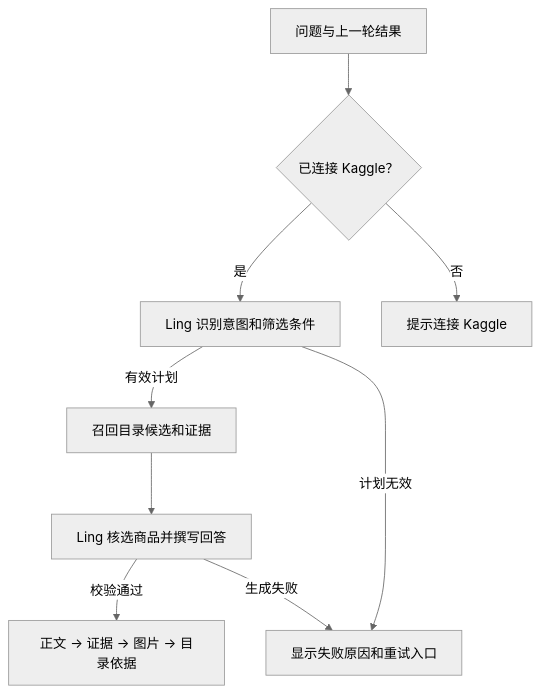
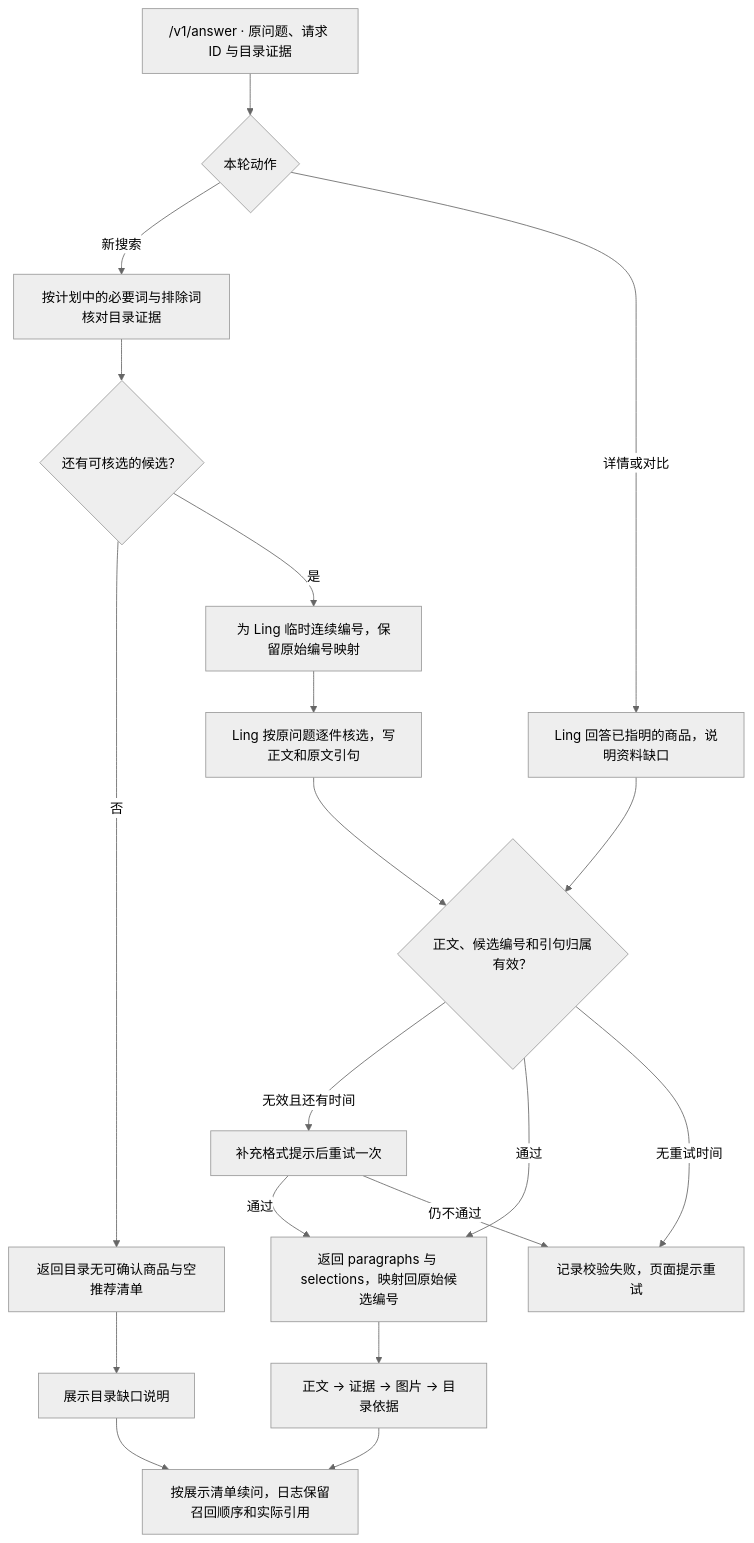
Before and after one commit to AaronYue77/webshop-ling-rag: the third of 4 diagrams in docs/ARCHITECTURE.md, drawn with Mermaid (neutral theme). The commit also changed other lines of this file and 6 other files, not shown here.

First line of the commit message:
Expand WebShop architecture diagrams and answer diagnostics

````diff
--- a/docs/ARCHITECTURE.md
+++ b/docs/ARCHITECTURE.md
@@ -7,11 +78,21 @@
 ```mermaid
 flowchart TD
-  Q["问题与上一轮结果"] --> C{"已连接 Kaggle？"}
-  C -->|是| L["Ling 识别意图和筛选条件"]
-  C -->|否| P["提示连接 Kaggle"]
-  L -->|有效计划| R["召回目录候选和证据"]
-  R --> G["Ling 核选商品并撰写回答"]
-  G -->|校验通过| A["正文 → 证据 → 图片 → 目录依据"]
-  L -->|计划无效| F["显示失败原因和重试入口"]
-  G -->|生成失败| F
+  RECEIVE["/v1/answer · 原问题、请求 ID 与目录证据"] --> ACTION{"本轮动作"}
+  ACTION -->|新搜索| VERIFY["按计划中的必要词与排除词核对目录证据"]
+  VERIFY --> ELIGIBLE{"还有可核选的候选？"}
+  ELIGIBLE -->|否| EMPTY["返回目录无可确认商品与空推荐清单"]
+  ELIGIBLE -->|是| RENUMBER["为 Ling 临时连续编号，保留原始编号映射"]
+  RENUMBER --> SELECT["Ling 按原问题逐件核选，写正文和原文引句"]
+  ACTION -->|详情或对比| DESCRIBE["Ling 回答已指明的商品，说明资料缺口"]
+  SELECT --> VALIDATE{"正文、候选编号和引句归属有效？"}
+  DESCRIBE --> VALIDATE
+  VALIDATE -->|无效且还有时间| REGEN["补充格式提示后重试一次"]
+  REGEN -->|通过| RETURN["返回 paragraphs 与 selections，映射回原始候选编号"]
+  VALIDATE -->|通过| RETURN
+  REGEN -->|仍不通过| ERROR["记录校验失败，页面提示重试"]
+  VALIDATE -->|无重试时间| ERROR
+  RETURN --> SHOW["正文 → 证据 → 图片 → 目录依据"]
+  EMPTY --> SHOWEMPTY["展示目录缺口说明"]
+  SHOW --> HISTORY["按展示清单续问，日志保留召回顺序和实际引用"]
+  SHOWEMPTY --> HISTORY
 ```
````
